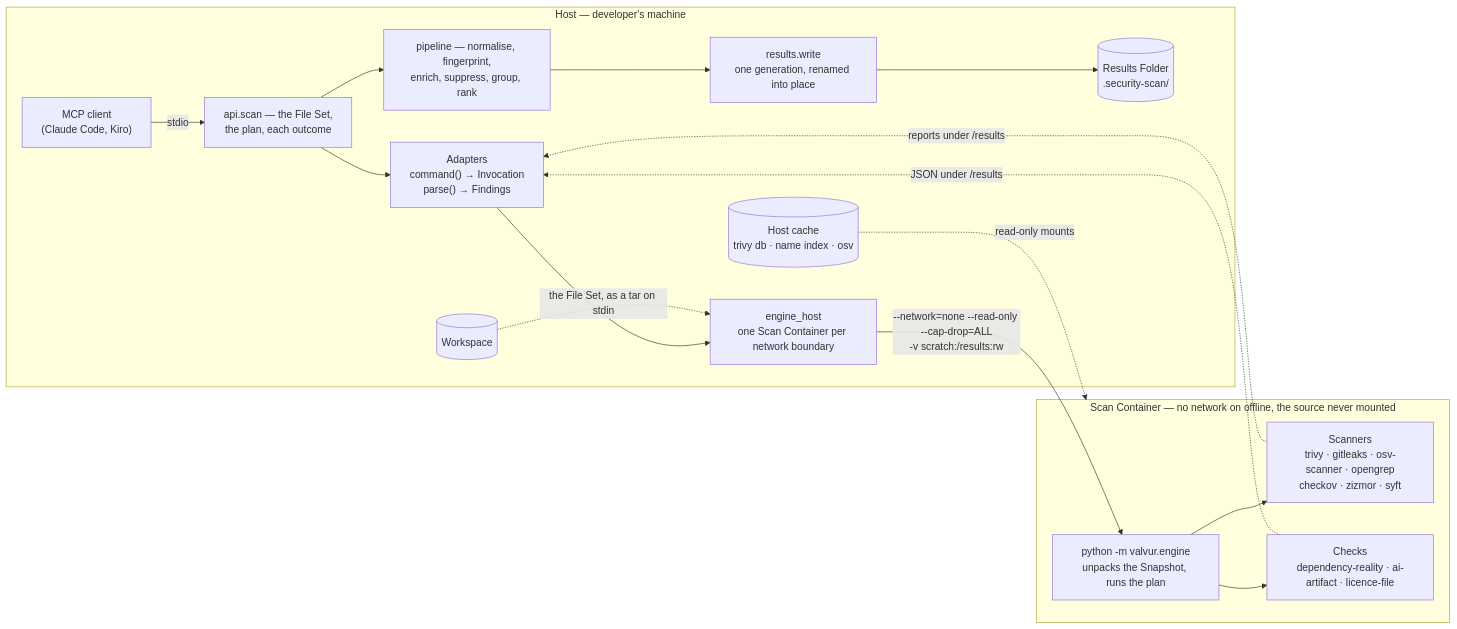
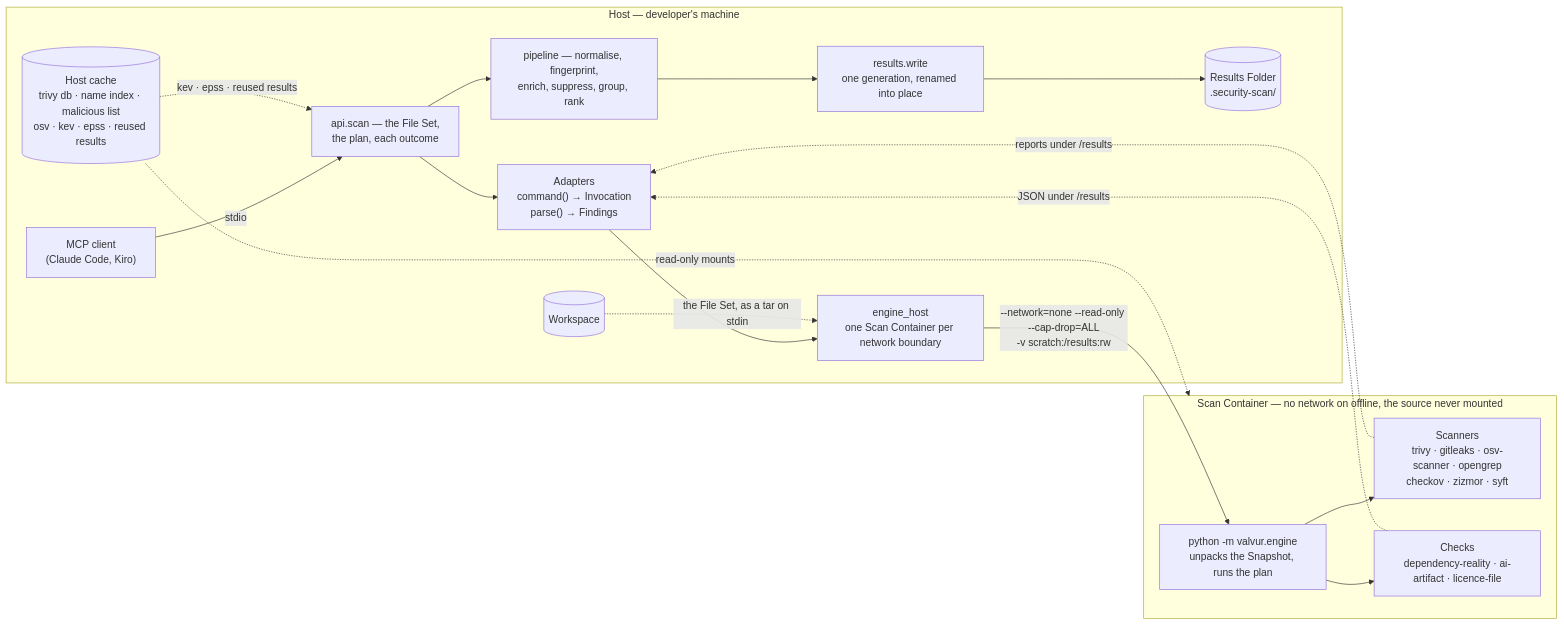
The diagram in .kiro/specs/valvur/design.md (MaverickHQ/valvur), drawn with Mermaid before and after one commit. The commit also changed other lines of this file and 2 other files, not shown here.

````diff
--- a/.kiro/specs/valvur/design.md
+++ b/.kiro/specs/valvur/design.md
@@ -14,29 +14,30 @@
 ```mermaid
 flowchart LR
   subgraph host["Host — developer's machine"]
     agent["MCP client<br/>(Claude Code, Kiro)"]
     api["api.scan — the File Set,<br/>the plan, each outcome"]
     adapters["Adapters<br/>command() → Invocation<br/>parse() → Findings"]
     eh["engine_host<br/>one Scan Container per network boundary"]
     pipe["pipeline — normalise, fingerprint,<br/>enrich, suppress, group, rank"]
     results["results.write<br/>one generation, renamed into place"]
     ws[("Workspace")]
     rf[("Results Folder<br/>.security-scan/")]
-    cache[("Host cache<br/>trivy db · name index · osv")]
+    cache[("Host cache<br/>trivy db · name index · malicious list<br/>osv · kev · epss · reused results")]
   end
   subgraph img["Scan Container — no network on offline, the source never mounted"]
     eng["python -m valvur.engine<br/>unpacks the Snapshot, runs the plan"]
     sc["Scanners<br/>trivy · gitleaks · osv-scanner · opengrep<br/>checkov · zizmor · syft"]
     ck["Checks<br/>dependency-reality · ai-artifact · licence-file"]
   end
   agent -->|stdio| api
   api --> adapters --> eh
   ws -.->|"the File Set, as a tar on stdin"| eh
   eh -->|"--network=none --read-only --cap-drop=ALL<br/>-v scratch:/results:rw"| eng
   eng --> sc
   eng --> ck
   sc -.->|reports under /results| adapters
   ck -.->|JSON under /results| adapters
   api --> pipe --> results --> rf
   cache -.->|read-only mounts| img
+  cache -.->|"kev · epss · reused results"| api
 ```
````
